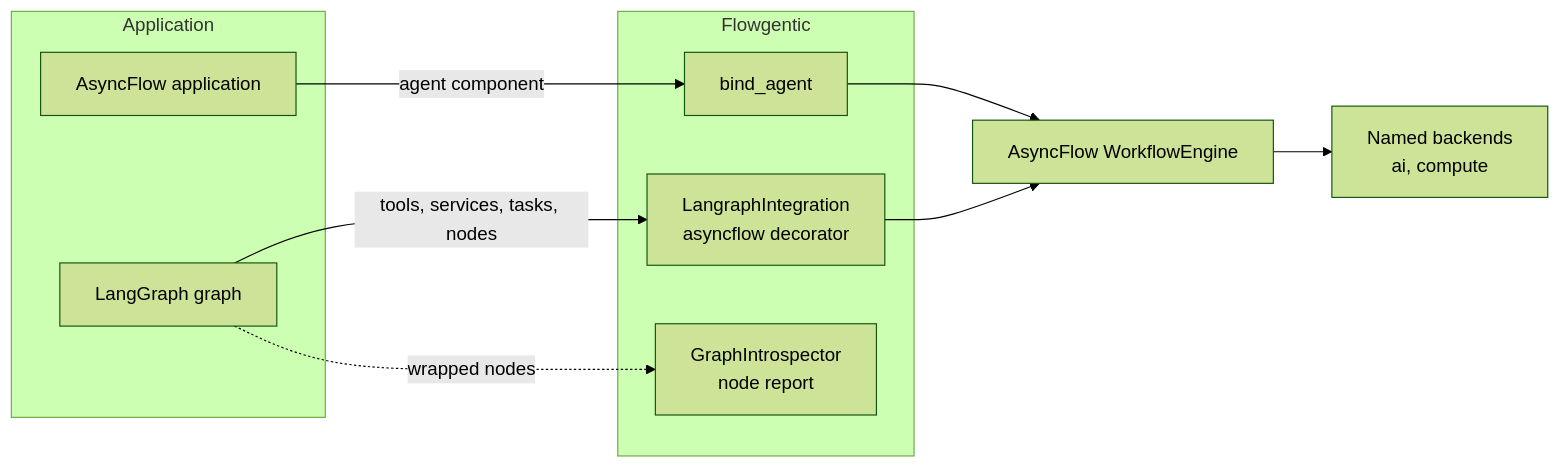
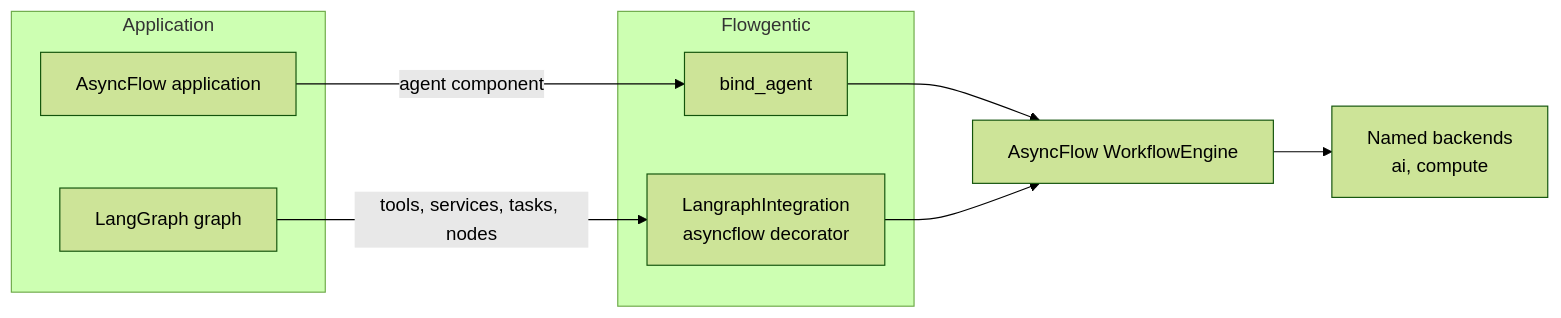
The first of 3 diagrams in docs/architecture.md (stride-research/flowgentic), drawn with Mermaid (forest theme) before and after one commit. The commit also changed other lines of this file and 69 other files, not shown here.

First line of the commit message:
Record runs as OpenTelemetry GenAI spans and remove the node report

````diff
--- a/docs/architecture.md
+++ b/docs/architecture.md
@@ -9,18 +9,16 @@
 ```mermaid
 flowchart LR
   subgraph Application
     APP[AsyncFlow application]
     GRAPH[LangGraph graph]
   end
   subgraph Flowgentic
     BIND[bind_agent]
     LGI[LangraphIntegration<br/>asyncflow decorator]
-    INTRO[GraphIntrospector<br/>node report]
   end
   APP -- agent component --> BIND
   GRAPH -- tools, services, tasks, nodes --> LGI
-  GRAPH -. wrapped nodes .-> INTRO
   BIND --> ENGINE[AsyncFlow WorkflowEngine]
   LGI --> ENGINE
   ENGINE --> BACKENDS[Named backends<br/>ai, compute]
 ```
````
